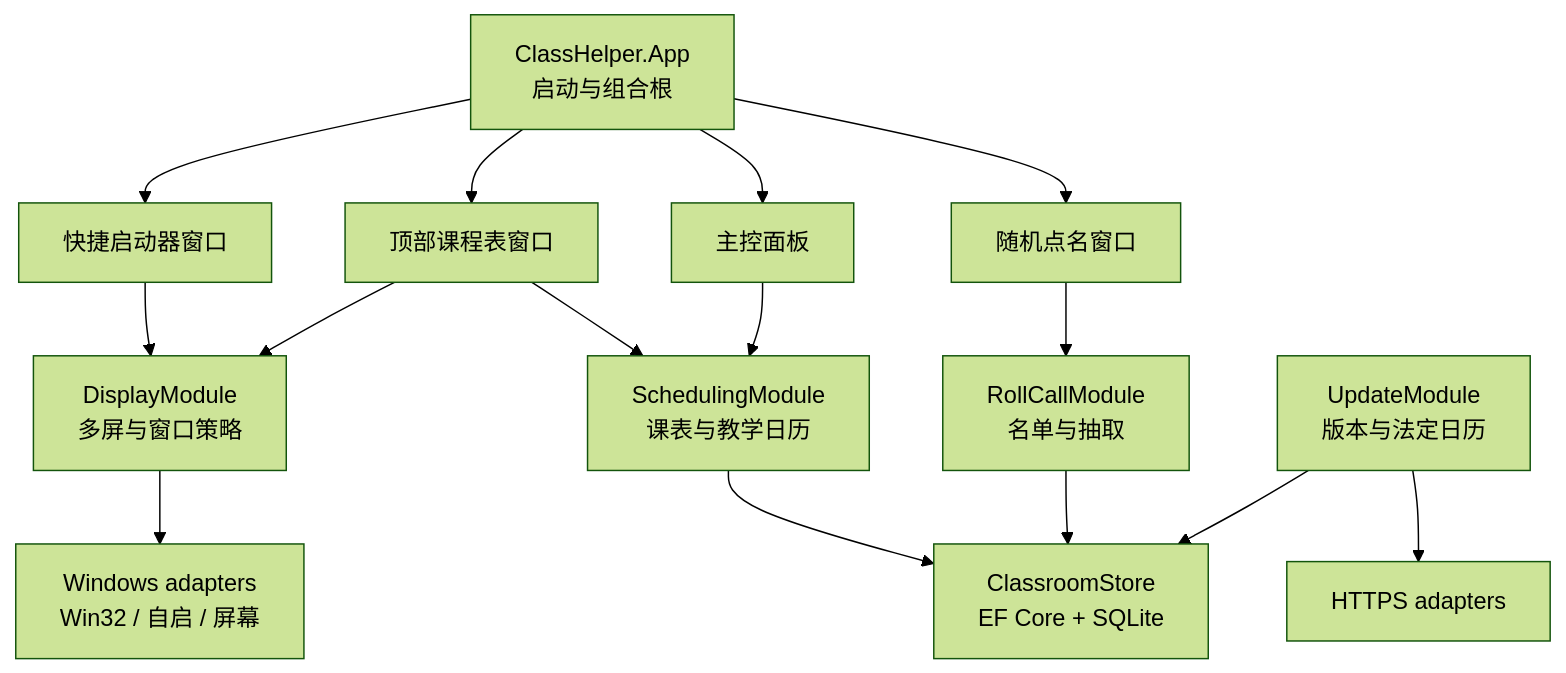
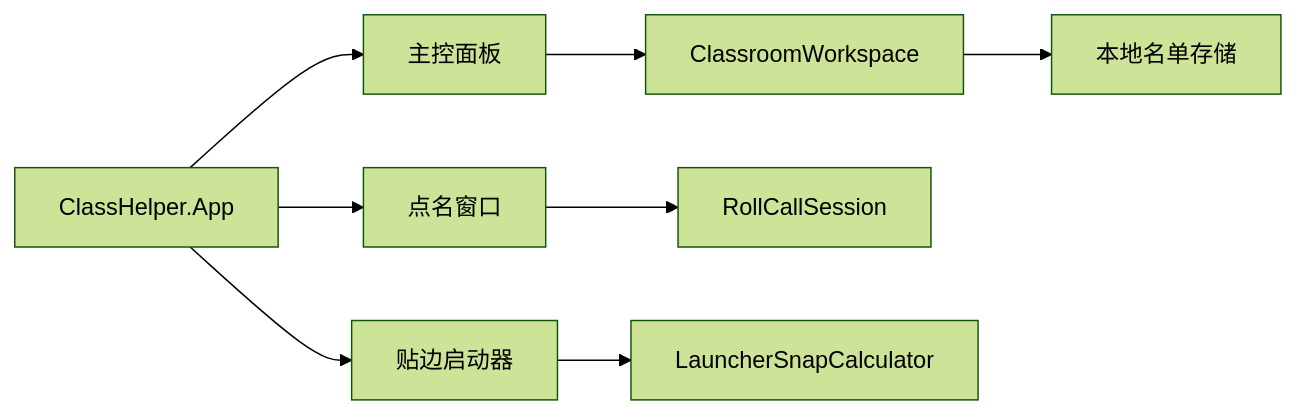
Before and after one commit to jellyfish-p/classhelper: the diagram in docs/technical-design.md, drawn with Mermaid (forest theme). The commit also changed other lines of this file and 27 other files, not shown here.

````diff
--- a/docs/technical-design.md
+++ b/docs/technical-design.md
@@ -47,31 +30,10 @@
 ```mermaid
-flowchart TD
-    App["ClassHelper.App<br/>启动与组合根"]
-    Banner["顶部课程表窗口"]
-    Launcher["快捷启动器窗口"]
-    Panel["主控面板"]
-    RollUI["随机点名窗口"]
-
-    Schedule["SchedulingModule<br/>课表与教学日历"]
-    Roll["RollCallModule<br/>名单与抽取"]
-    Display["DisplayModule<br/>多屏与窗口策略"]
-    Updates["UpdateModule<br/>版本与法定日历"]
-    Store["ClassroomStore<br/>EF Core + SQLite"]
-    Windows["Windows adapters<br/>Win32 / 自启 / 屏幕"]
-    Network["HTTPS adapters"]
-
-    App --> Banner
-    App --> Launcher
-    App --> Panel
-    App --> RollUI
-    Banner --> Schedule
-    Panel --> Schedule
-    RollUI --> Roll
-    Launcher --> Display
-    Banner --> Display
-    Schedule --> Store
-    Roll --> Store
-    Display --> Windows
-    Updates --> Network
-    Updates --> Store
+flowchart LR
+    App["ClassHelper.App"] --> Launcher["贴边启动器"]
+    App --> Panel["主控面板"]
+    App --> RollCall["点名窗口"]
+    Panel --> Workspace["ClassroomWorkspace"]
+    RollCall --> Engine["RollCallSession"]
+    Workspace --> Store["本地名单存储"]
+    Launcher --> Snap["LauncherSnapCalculator"]
 ```
````
